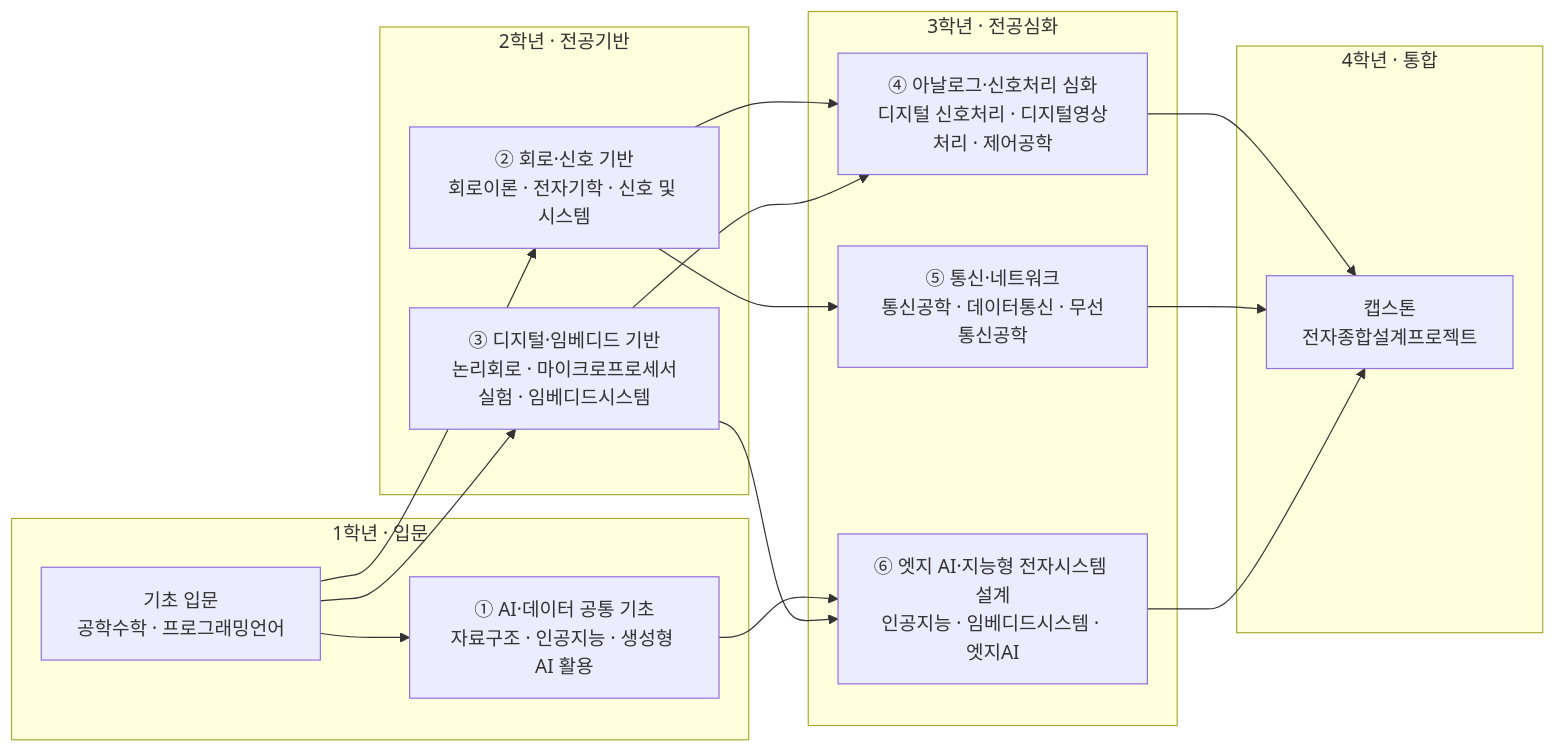
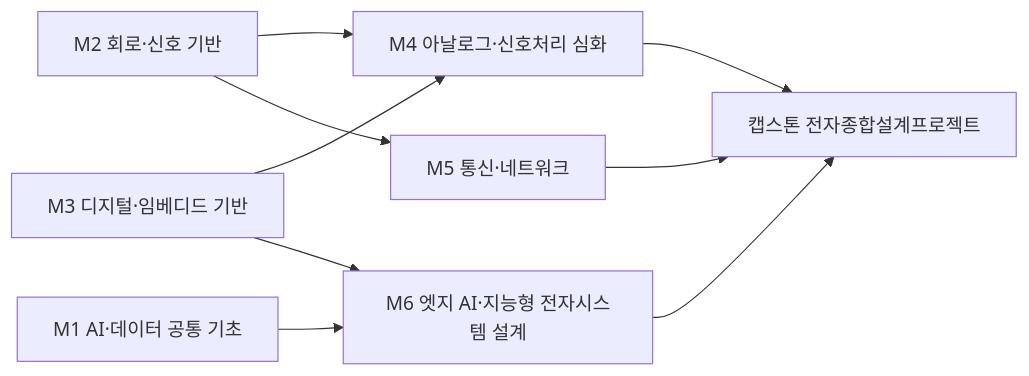
The diagram in docs/it/electronics.md (parclab-hsu/ai-curriculum-2026), drawn with Mermaid before and after one commit. The commit also changed other lines of this file and 22 other files, not shown here.

````diff
--- a/docs/it/electronics.md
+++ b/docs/it/electronics.md
@@ -128,30 +141,11 @@
 ```mermaid
 flowchart LR
-  subgraph Y1["1학년 · 입문"]
-    A0["기초 입문<br/>공학수학 · 프로그래밍언어"]
-    M1["① AI·데이터 공통 기초<br/>자료구조 · 인공지능 · 생성형 AI 활용"]
-  end
-  subgraph Y2["2학년 · 전공기반"]
-    M2["② 회로·신호 기반<br/>회로이론 · 전자기학 · 신호 및 시스템"]
-    M3["③ 디지털·임베디드 기반<br/>논리회로 · 마이크로프로세서실험 · 임베디드시스템"]
-  end
-  subgraph Y3["3학년 · 전공심화"]
-    M4["④ 아날로그·신호처리 심화<br/>디지털 신호처리 · 디지털영상처리 · 제어공학"]
-    M5["⑤ 통신·네트워크<br/>통신공학 · 데이터통신 · 무선통신공학"]
-    M6["⑥ 엣지 AI·지능형 전자시스템 설계<br/>인공지능 · 임베디드시스템 · 엣지AI"]
-  end
-  subgraph Y4["4학년 · 통합"]
-    CAP["캡스톤<br/>전자종합설계프로젝트"]
-  end
-  A0 --> M1
-  A0 --> M2
-  A0 --> M3
-  M1 --> M6
-  M2 --> M4
-  M3 --> M4
-  M2 --> M5
+  M1["M1 AI·데이터 공통 기초"] --> M6["M6 엣지 AI·지능형 전자시스템 설계"]
+  M2["M2 회로·신호 기반"] --> M4["M4 아날로그·신호처리 심화"]
+  M3["M3 디지털·임베디드 기반"] --> M4
+  M2 --> M5["M5 통신·네트워크"]
   M3 --> M6
-  M4 --> CAP
+  M4 --> CAP["캡스톤 전자종합설계프로젝트"]
   M5 --> CAP
   M6 --> CAP
 ```
````
